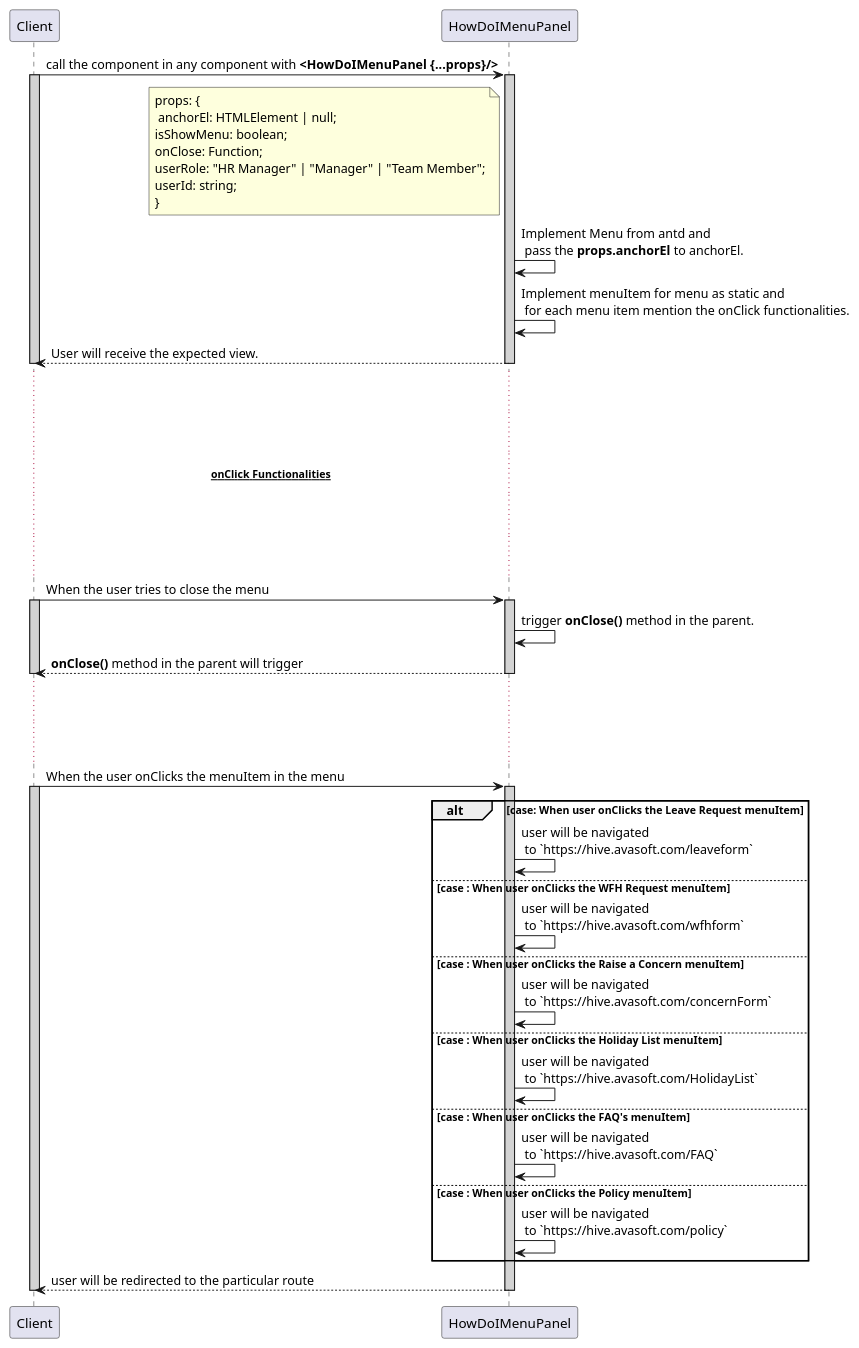
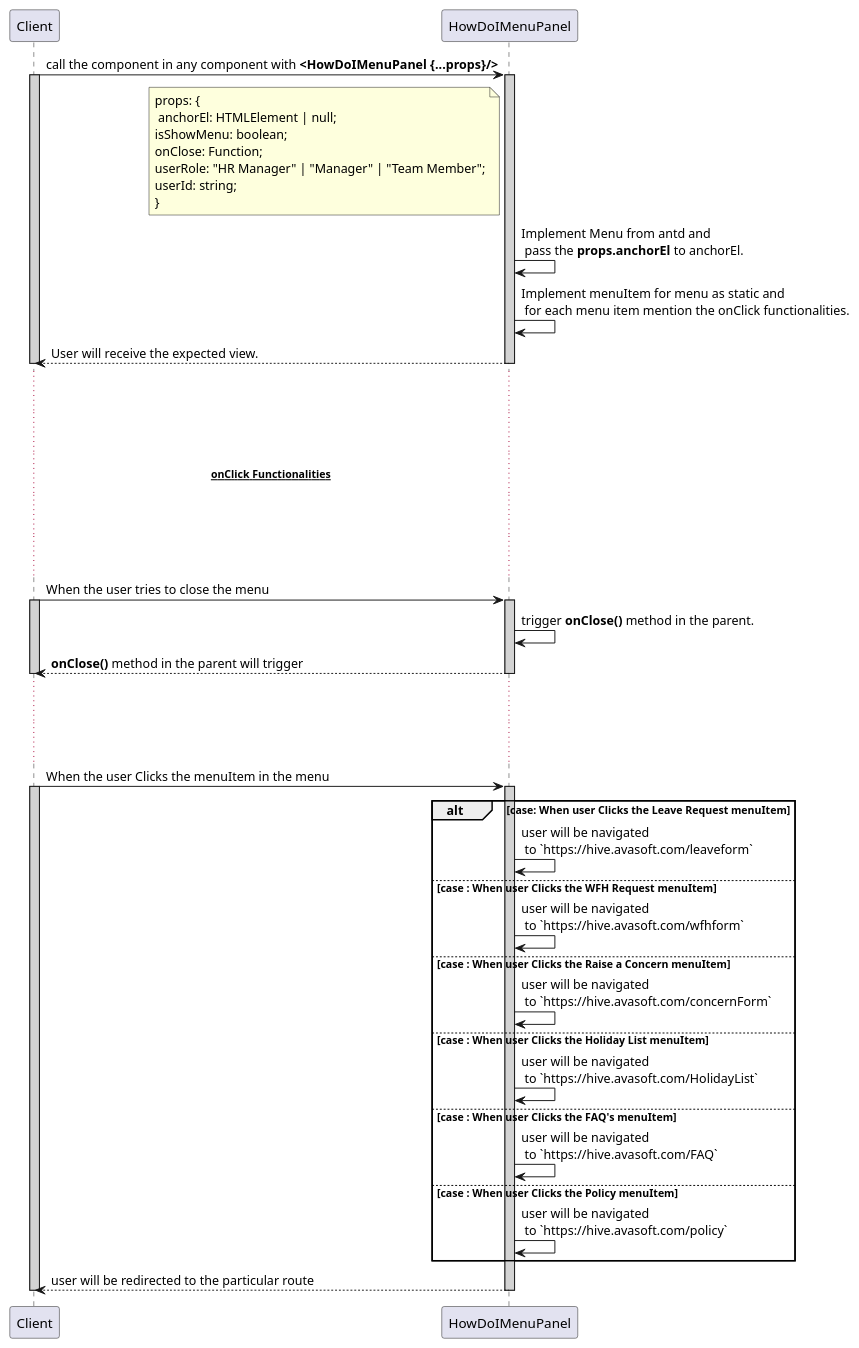
Before and after one commit to avasoft-mobility/workday-design: the diagram in frontend/components/how_do_i_menu_panel/how_do_i_menu_panel.sequence.puml, drawn with PlantUML. The commit also changed 12 other files, not shown here.

```diff
--- a/frontend/components/how_do_i_menu_panel/how_do_i_menu_panel.sequence.puml
+++ b/frontend/components/how_do_i_menu_panel/how_do_i_menu_panel.sequence.puml
@@ -1,53 +1,53 @@
 @startuml HowDoIMenuPanel
 participant Client
 participant HowDoIMenuPanel
 
 Client -> HowDoIMenuPanel : call the component in any component with **<HowDoIMenuPanel {...props}/>**
 activate Client #D3D3D3
     activate HowDoIMenuPanel #D3D3D3
         note left of HowDoIMenuPanel : props: {\n anchorEl: HTMLElement | null;\nisShowMenu: boolean;\nonClose: Function;\nuserRole: "HR Manager" | "Manager" | "Team Member";\nuserId: string; \n}
         HowDoIMenuPanel -> HowDoIMenuPanel : Implement Menu from antd and\n pass the **props.anchorEl** to anchorEl.
         HowDoIMenuPanel -> HowDoIMenuPanel : Implement menuItem for menu as static and\n for each menu item mention the onClick functionalities.
         Client <-- HowDoIMenuPanel : User will receive the expected view.
     deactivate HowDoIMenuPanel
 deactivate Client
 
 ... ...
 ... ...
 ...~~**onClick Functionalities**~~ ...
 ... ...
 ... ...
 
 Client -> HowDoIMenuPanel : When the user tries to close the menu 
 activate Client #D3D3D3
     activate HowDoIMenuPanel #D3D3D3
         HowDoIMenuPanel -> HowDoIMenuPanel : trigger **onClose()** method in the parent.
         Client <-- HowDoIMenuPanel : **onClose()** method in the parent will trigger
     deactivate HowDoIMenuPanel
 deactivate Client
 
 ... ...
 ... ...
 
 
-Client -> HowDoIMenuPanel : When the user onClicks the menuItem in the menu 
+Client -> HowDoIMenuPanel : When the user Clicks the menuItem in the menu 
 activate Client #D3D3D3
     activate HowDoIMenuPanel #D3D3D3
-        alt case: When user onClicks the **Leave Request** menuItem
+        alt case: When user Clicks the **Leave Request** menuItem
             HowDoIMenuPanel -> HowDoIMenuPanel : user will be navigated\n to `https://hive.avasoft.com/leaveform`
-        else case : When user onClicks the **WFH Request** menuItem
+        else case : When user Clicks the **WFH Request** menuItem
             HowDoIMenuPanel -> HowDoIMenuPanel : user will be navigated\n to `https://hive.avasoft.com/wfhform`
-        else case : When user onClicks the **Raise a Concern** menuItem
+        else case : When user Clicks the **Raise a Concern** menuItem
             HowDoIMenuPanel -> HowDoIMenuPanel : user will be navigated\n to `https://hive.avasoft.com/concernForm`
-        else case : When user onClicks the **Holiday List** menuItem
+        else case : When user Clicks the **Holiday List** menuItem
             HowDoIMenuPanel -> HowDoIMenuPanel : user will be navigated\n to `https://hive.avasoft.com/HolidayList`
-        else case : When user onClicks the **FAQ's** menuItem
+        else case : When user Clicks the **FAQ's** menuItem
             HowDoIMenuPanel -> HowDoIMenuPanel : user will be navigated\n to `https://hive.avasoft.com/FAQ`
-        else case : When user onClicks the **Policy** menuItem
+        else case : When user Clicks the **Policy** menuItem
             HowDoIMenuPanel -> HowDoIMenuPanel : user will be navigated\n to `https://hive.avasoft.com/policy`
         end
         Client <-- HowDoIMenuPanel : user will be redirected to the particular route
     deactivate HowDoIMenuPanel
 deactivate Client
 
 @enduml
```
